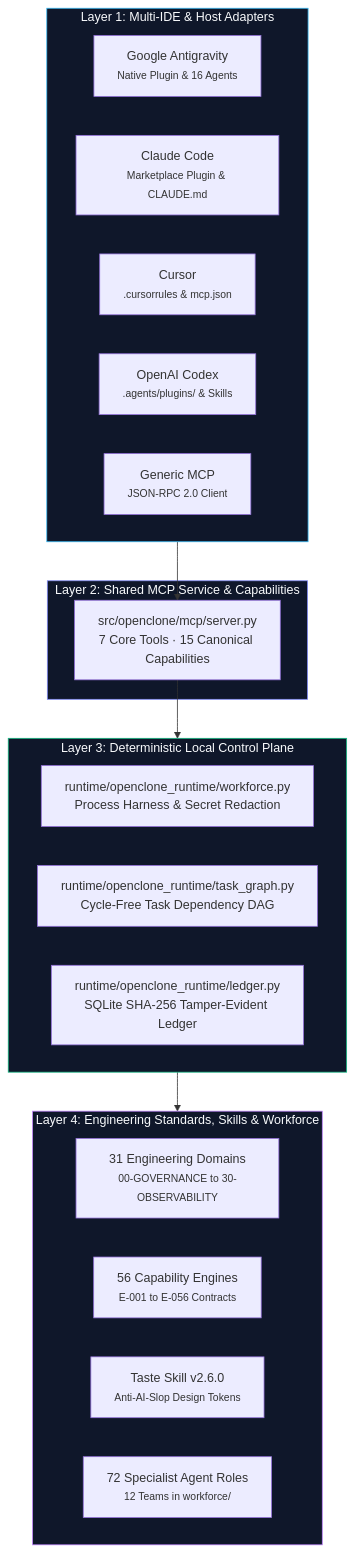
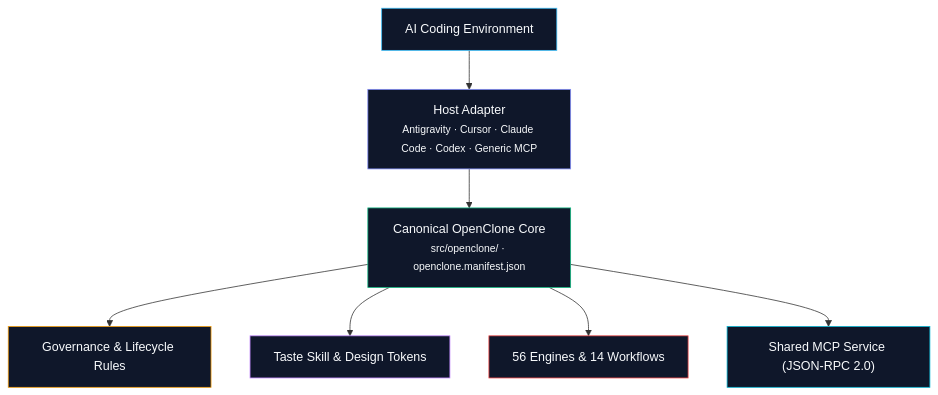
One commit to MK-1603/OpenClone changed the third of 6 diagrams in README.md. Above: the diagram before and after it, drawn with Mermaid. The commit also changed other lines of this file and 3 other files, not shown here.

````diff
--- a/README.md
+++ b/README.md
@@ -223,36 +259,17 @@
 ```mermaid
 flowchart TD
-    subgraph L1["Layer 1: Multi-IDE & Host Adapters"]
-        IDE1["Google Antigravity<br/><small>Native Plugin & 16 Agents</small>"]
-        IDE2["Claude Code<br/><small>Marketplace Plugin & CLAUDE.md</small>"]
-        IDE3["Cursor<br/><small>.cursorrules & mcp.json</small>"]
-        IDE4["OpenAI Codex<br/><small>.agents/plugins/ & Skills</small>"]
-        IDE5["Generic MCP<br/><small>JSON-RPC 2.0 Client</small>"]
-    end
+    HOST["AI Coding Environment"] --> ADAPT["Host Adapter<br/><small>Antigravity · Cursor · Claude Code · Codex · Generic MCP</small>"]
+    ADAPT --> CORE["Canonical OpenClone Core<br/><small>src/openclone/ · openclone.manifest.json</small>"]
+    CORE --> GOV["Governance & Lifecycle Rules"]
+    CORE --> SKL["Taste Skill & Design Tokens"]
+    CORE --> WORK["56 Engines & 14 Workflows"]
+    CORE --> MCP["Shared MCP Service (JSON-RPC 2.0)"]
 
-    subgraph L2["Layer 2: Shared MCP Service & Capabilities"]
-        MCP["src/openclone/mcp/server.py<br/>7 Core Tools · 15 Canonical Capabilities"]
-    end
-
-    subgraph L3["Layer 3: Deterministic Local Control Plane"]
-        HARNESS["runtime/openclone_runtime/workforce.py<br/>Process Harness & Secret Redaction"]
-        DAG["runtime/openclone_runtime/task_graph.py<br/>Cycle-Free Task Dependency DAG"]
-        LEDGER["runtime/openclone_runtime/ledger.py<br/>SQLite SHA-256 Tamper-Evident Ledger"]
-    end
-
-    subgraph L4["Layer 4: Engineering Standards, Skills & Workforce"]
-        DOM["31 Engineering Domains<br/><small>00-GOVERNANCE to 30-OBSERVABILITY</small>"]
-        ENG["56 Capability Engines<br/><small>E-001 to E-056 Contracts</small>"]
-        SKL["Taste Skill v2.6.0<br/><small>Anti-AI-Slop Design Tokens</small>"]
-        WRK["72 Specialist Agent Roles<br/><small>12 Teams in workforce/</small>"]
-    end
-
-    L1 --> MCP
-    MCP --> L3
-    L3 --> L4
-
-    style L1 fill:#0f172a,stroke:#38bdf8,stroke-width:1px,color:#f8fafc
-    style L2 fill:#0f172a,stroke:#818cf8,stroke-width:1px,color:#f8fafc
-    style L3 fill:#0f172a,stroke:#10b981,stroke-width:1px,color:#f8fafc
-    style L4 fill:#0f172a,stroke:#c084fc,stroke-width:1px,color:#f8fafc
+    style HOST fill:#0f172a,stroke:#38bdf8,stroke-width:1px,color:#f8fafc
+    style ADAPT fill:#0f172a,stroke:#818cf8,stroke-width:1px,color:#f8fafc
+    style CORE fill:#0f172a,stroke:#10b981,stroke-width:1px,color:#f8fafc
+    style GOV fill:#0f172a,stroke:#f59e0b,stroke-width:1px,color:#f8fafc
+    style SKL fill:#0f172a,stroke:#c084fc,stroke-width:1px,color:#f8fafc
+    style WORK fill:#0f172a,stroke:#ef4444,stroke-width:1px,color:#f8fafc
+    style MCP fill:#0f172a,stroke:#06b6d4,stroke-width:1px,color:#f8fafc
 ```
````
